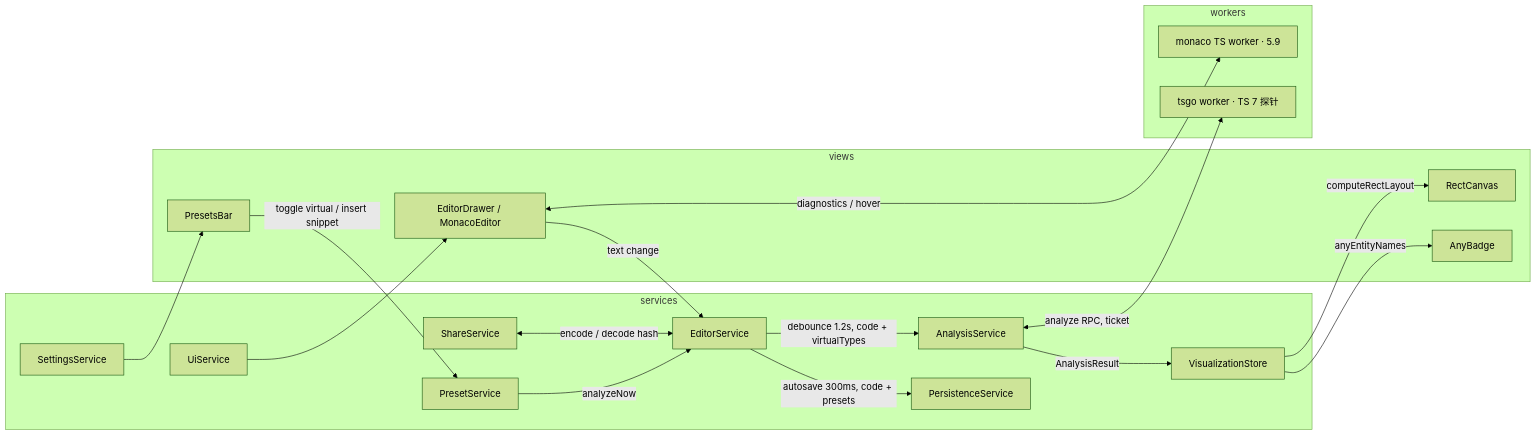
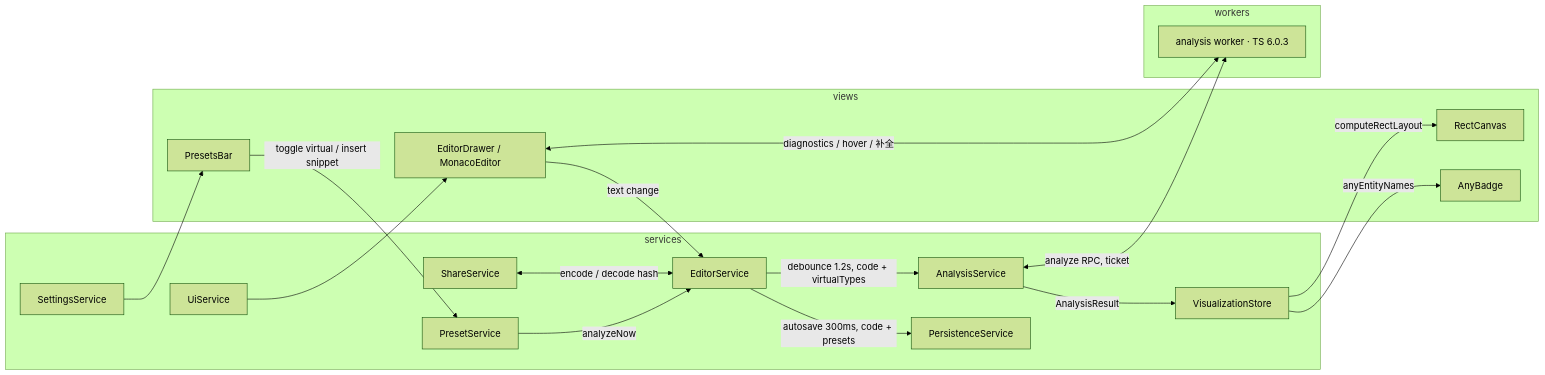
One commit to zthxxx/typarium changed the diagram in docs/architecture/工程架构设计.md. Above: the diagram before and after it, drawn with Mermaid (forest theme). The commit also changed other lines of this file and 6 other files, not shown here.

````diff
--- a/docs/architecture/工程架构设计.md
+++ b/docs/architecture/工程架构设计.md
@@ -58,37 +44,36 @@
 ```mermaid
 flowchart LR
   subgraph views
     ED[EditorDrawer / MonacoEditor]
     RC[RectCanvas]
     PB[PresetsBar]
     AB[AnyBadge]
   end
   subgraph services
     ES[EditorService]
     PR[PresetService]
     AS[AnalysisService]
     VZ[VisualizationStore]
     PS[PersistenceService]
     SH[ShareService]
     UI[UiService]
     ST[SettingsService]
   end
   subgraph workers
-    MW[monaco TS worker · 5.9]
-    AW[tsgo worker · TS 7 探针]
+    AW[analysis worker · TS 6.0.3]
   end
 
   ED -->|text change| ES
-  ED <-->|diagnostics / hover| MW
+  ED <-->|diagnostics / hover / 补全| AW
   PB -->|toggle virtual / insert snippet| PR
   PR -->|analyzeNow| ES
   ES -->|debounce 1.2s, code + virtualTypes| AS
   AS <-->|analyze RPC, ticket| AW
   AS -->|AnalysisResult| VZ
   VZ -->|computeRectLayout| RC
   VZ -->|anyEntityNames| AB
   ES -->|autosave 300ms, code + presets| PS
   SH <-->|encode / decode hash| ES
   UI --> ED
   ST --> PB
 ```
````
